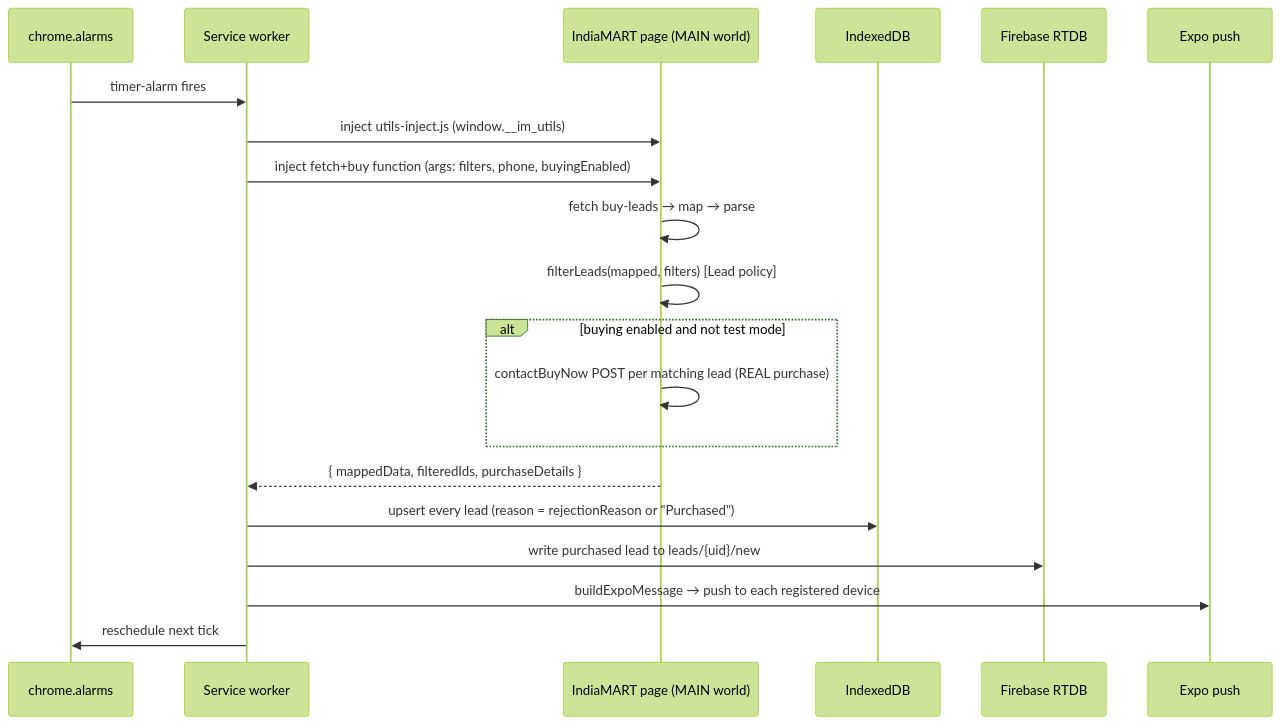
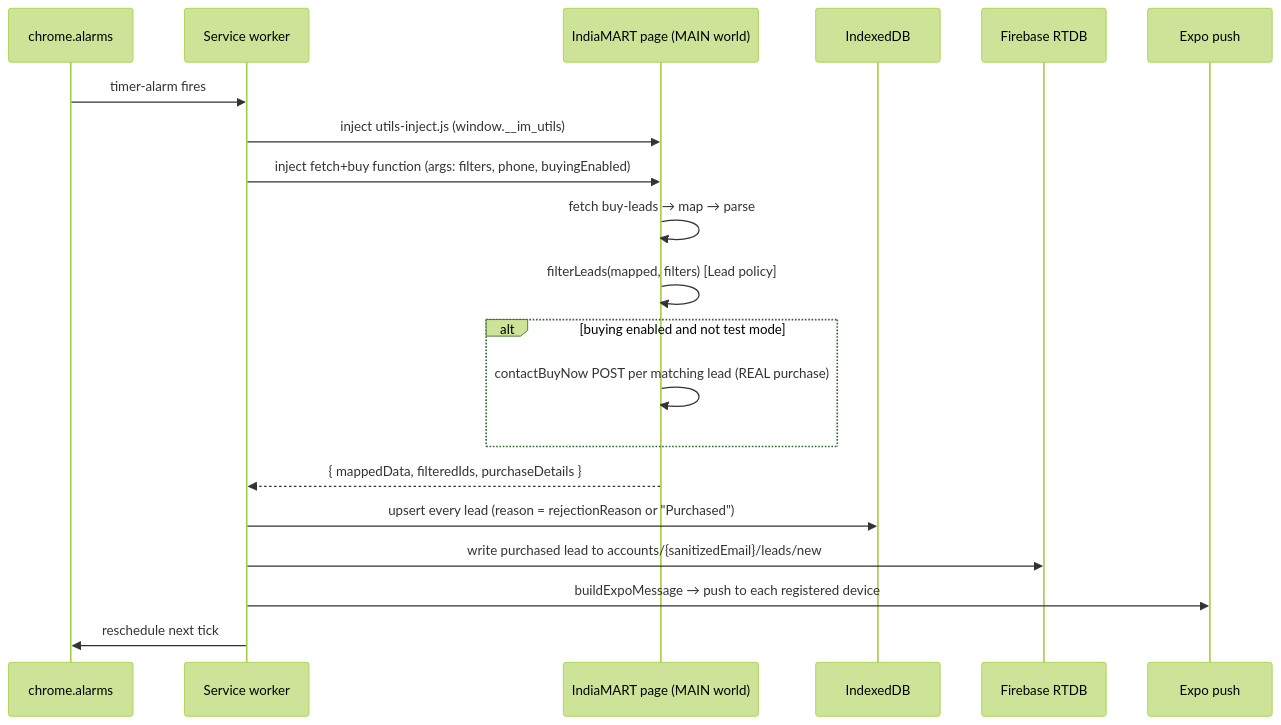
The second of 2 diagrams in docs/ARCHITECTURE.md (Nadhim002/indiamart-extension), drawn with Mermaid (forest theme) before and after one commit. The commit also changed other lines of this file and 20 other files, not shown here.

First line of the commit message:
Add subscription paywall, account-centric schema, and device seats

````diff
--- a/docs/ARCHITECTURE.md
+++ b/docs/ARCHITECTURE.md
@@ -96,23 +129,23 @@
 ```mermaid
 sequenceDiagram
   participant A as chrome.alarms
   participant W as Service worker
   participant M as IndiaMART page (MAIN world)
   participant DB as IndexedDB
   participant FB as Firebase RTDB
   participant EX as Expo push
 
   A->>W: timer-alarm fires
   W->>M: inject utils-inject.js (window.__im_utils)
   W->>M: inject fetch+buy function (args: filters, phone, buyingEnabled)
   M->>M: fetch buy-leads → map → parse
   M->>M: filterLeads(mapped, filters)   [Lead policy]
   alt buying enabled and not test mode
     M->>M: contactBuyNow POST per matching lead (REAL purchase)
   end
   M-->>W: { mappedData, filteredIds, purchaseDetails }
   W->>DB: upsert every lead (reason = rejectionReason or "Purchased")
-  W->>FB: write purchased lead to leads/{uid}/new
+  W->>FB: write purchased lead to accounts/{sanitizedEmail}/leads/new
   W->>EX: buildExpoMessage → push to each registered device
   W->>A: reschedule next tick
 ```
````
